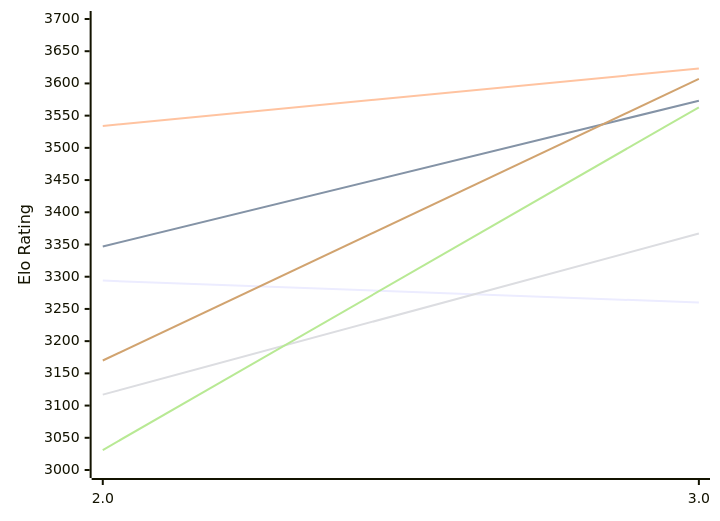
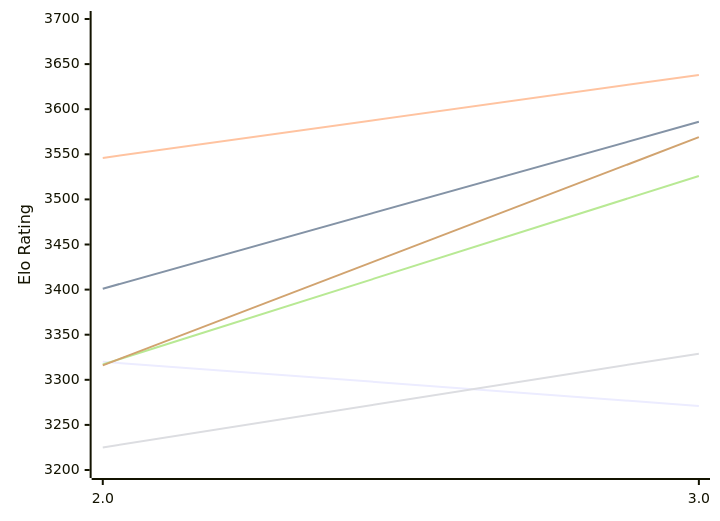
Before and after one commit to computer-chess-index/cci: the first of 2 diagrams in engines/Quanticade.md, drawn with Mermaid. The commit also changed other lines of this file, not shown here.

Commit message:
Update CCI Ratings (ELO VLTC) - 2026-11-14

````diff
--- a/engines/Quanticade.md
+++ b/engines/Quanticade.md
@@ -50,12 +50,12 @@
 ```mermaid
 %%{init: {"theme":"base","themeVariables":{"seriesColors:['#a3a3a3','#222221','#faa371']}}}%%
 xychart-beta
   x-axis ["2.0", "3.0"]
-  y-axis "Elo Rating" 3000 --> 3700
-  line "E1: STC (8.0+0.08s)" [3294, 3260]
-  line "E1: LTC (60.0+0.60s)" [3347, 3573]
-  line "E1: VLTC (2m24s+1.12s)" [3534, 3623]
-  line "P1: STC (8.0+0.08s)" [3117, 3367]
-  line "P1: LTC (60.0+0.60s)" [3031, 3563]
-  line "P1: VLTC (2m24s+1.12s)" [3170, 3607]
+  y-axis "Elo Rating" 3200 --> 3700
+  line "E1: STC (8.0+0.08s)" [3320, 3271]
+  line "E1: LTC (60.0+0.60s)" [3401, 3586]
+  line "E1: VLTC (2m24s+1.12s)" [3546, 3638]
+  line "P1: STC (8.0+0.08s)" [3225, 3329]
+  line "P1: LTC (60.0+0.60s)" [3317, 3526]
+  line "P1: VLTC (2m24s+1.12s)" [3316, 3569]
 ```
````
